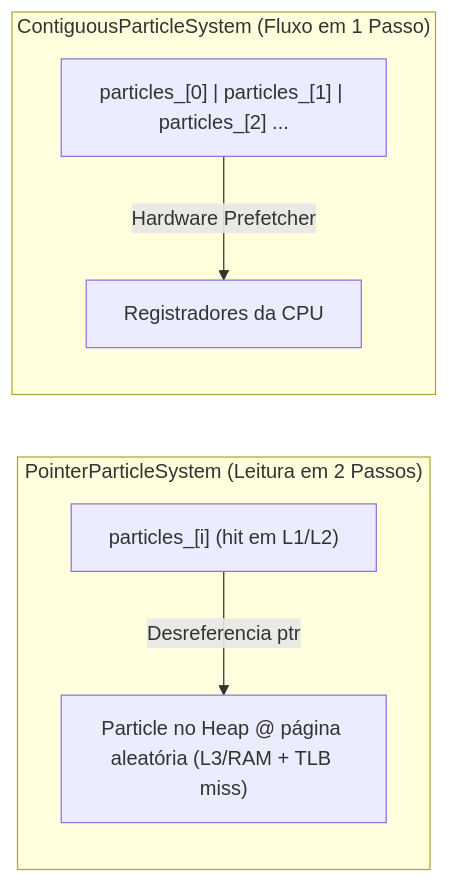
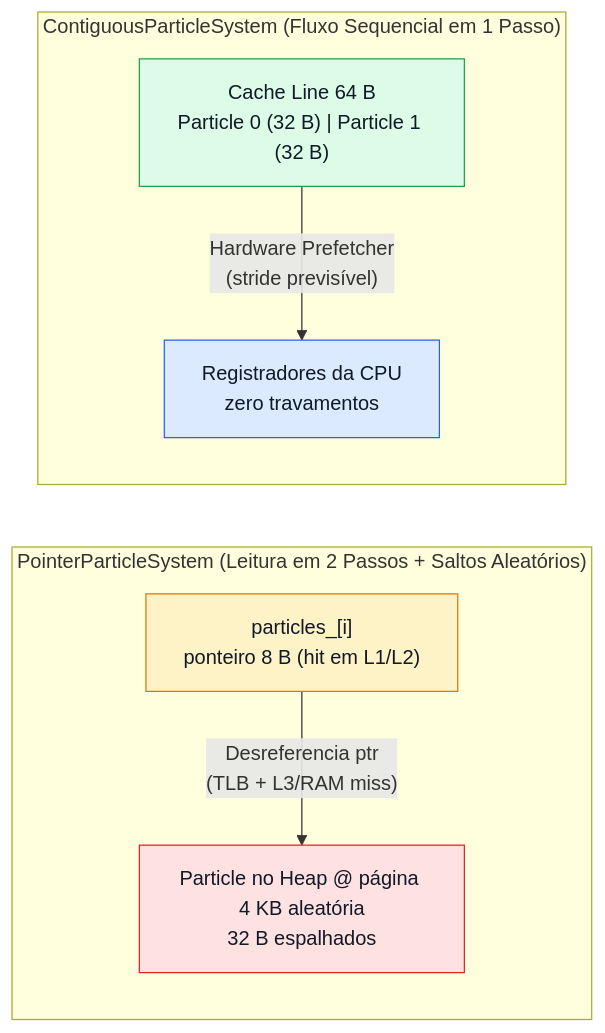
One commit to LevyArsOS/cpp-lessons changed the diagram in lessons/ContiguousObjects/Tutorial/pt-br.md. Above: the diagram before and after it, drawn with Mermaid. The commit also changed other lines of this file and 9 other files, not shown here.

First line of the commit message:
docs(tutorials): upgrade Mermaid diagrams and clarify systems jargon

````diff
--- a/lessons/ContiguousObjects/Tutorial/pt-br.md
+++ b/lessons/ContiguousObjects/Tutorial/pt-br.md
@@ -41,9 +41,14 @@
 ```mermaid
 flowchart LR
-    subgraph Scattered["PointerParticleSystem (Leitura em 2 Passos)"]
-        V["particles_[i] (hit em L1/L2)"] -->|"Desreferencia ptr"| H["Particle no Heap @ página aleatória (L3/RAM + TLB miss)"]
+    classDef slow fill:#fee2e2,stroke:#dc2626,color:#111827
+    classDef fast fill:#dcfce7,stroke:#16a34a,color:#111827
+    classDef cpu fill:#dbeafe,stroke:#2563eb,color:#111827
+    classDef warn fill:#fef3c7,stroke:#d97706,color:#111827
+
+    subgraph Scattered["PointerParticleSystem (Leitura em 2 Passos + Saltos Aleatórios)"]
+        V["particles_[i]<br/>ponteiro 8 B (hit em L1/L2)"]:::warn -->|"Desreferencia ptr<br/>(TLB + L3/RAM miss)"| H["Particle no Heap @ página 4 KB aleatória<br/>32 B espalhados"]:::slow
     end
-    subgraph Flat["ContiguousParticleSystem (Fluxo em 1 Passo)"]
-        C["particles_[0] | particles_[1] | particles_[2] ..."] -->|"Hardware Prefetcher"| CPU["Registradores da CPU"]
+    subgraph Flat["ContiguousParticleSystem (Fluxo Sequencial em 1 Passo)"]
+        C["Cache Line 64 B<br/>Particle 0 (32 B) | Particle 1 (32 B)"]:::fast -->|"Hardware Prefetcher<br/>(stride previsível)"| CPU["Registradores da CPU<br/>zero travamentos"]:::cpu
     end
 ```
````
